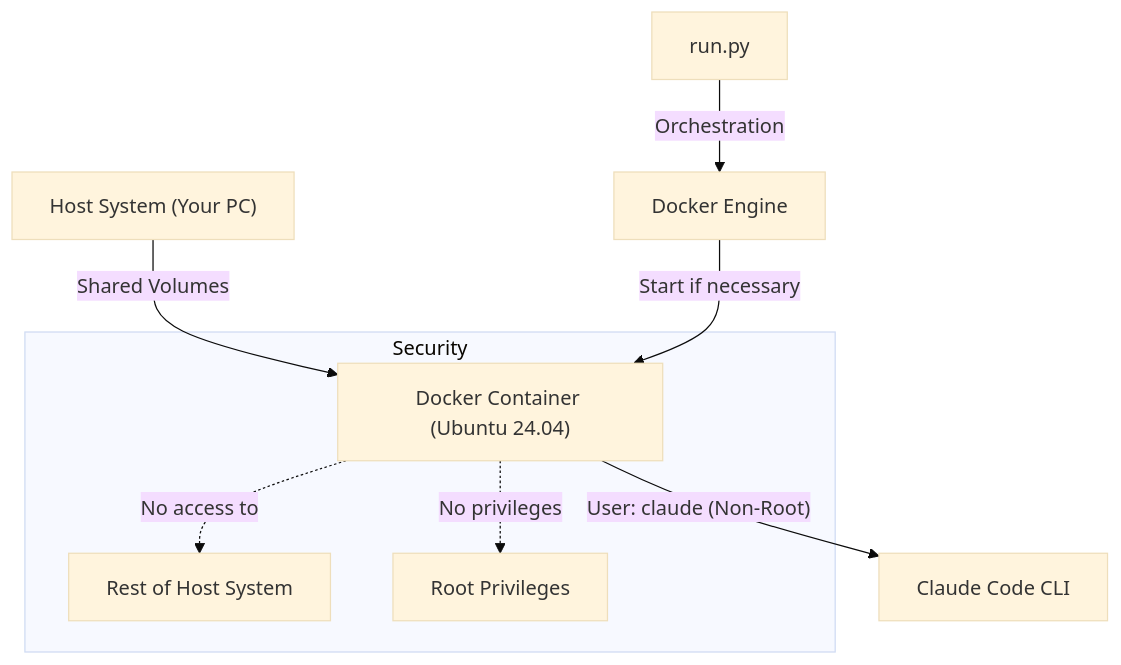
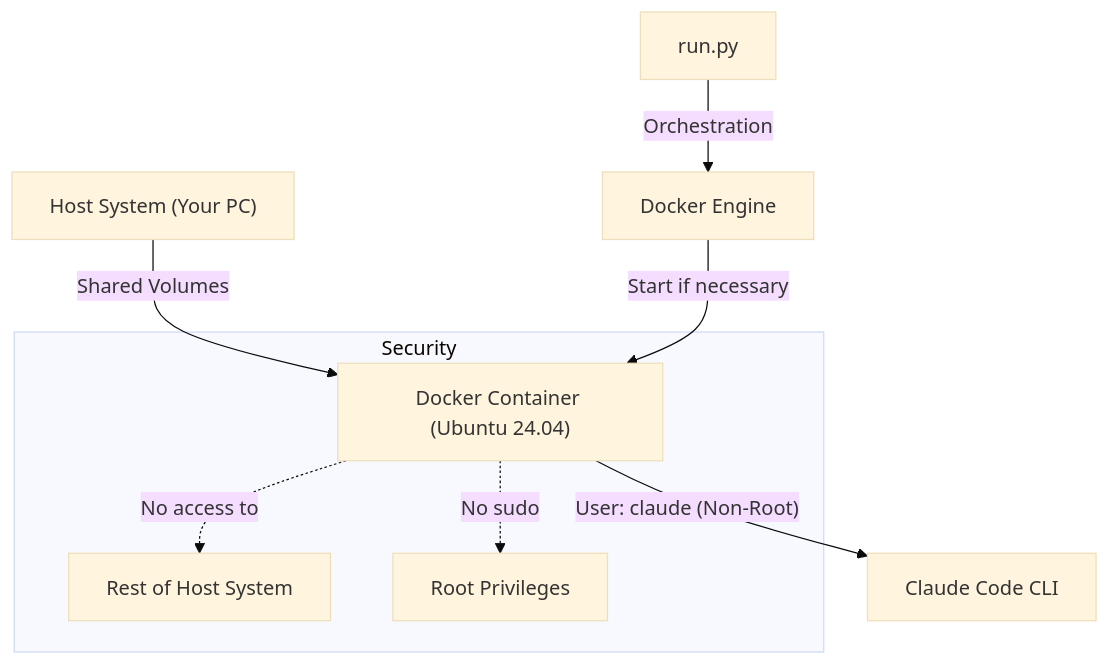
The diagram in README.md (jandarn/claude-docker), drawn with Mermaid (base theme) before and after one commit. The commit also changed other lines of this file and 5 other files, not shown here.

````diff
--- a/README.md
+++ b/README.md
@@ -18,13 +18,13 @@
 ```mermaid
 graph TD
     Host["Host System (Your PC)"] -->|"Shared Volumes"| Container["Docker Container (Ubuntu 24.04)"]
     Container -->|"User: claude (Non-Root)"| ClaudeCode["Claude Code CLI"]
 
     subgraph Security
         Container -.->|"No access to"| HostSystem["Rest of Host System"]
-        Container -.->|"No privileges"| RootPriv["Root Privileges"]
+        Container -.->|"No sudo"| RootPriv["Root Privileges"]
     end
 
     runpy["run.py"] -->|"Orchestration"| Docker["Docker Engine"]
     Docker -->|"Start if necessary"| Container
 ```
````
